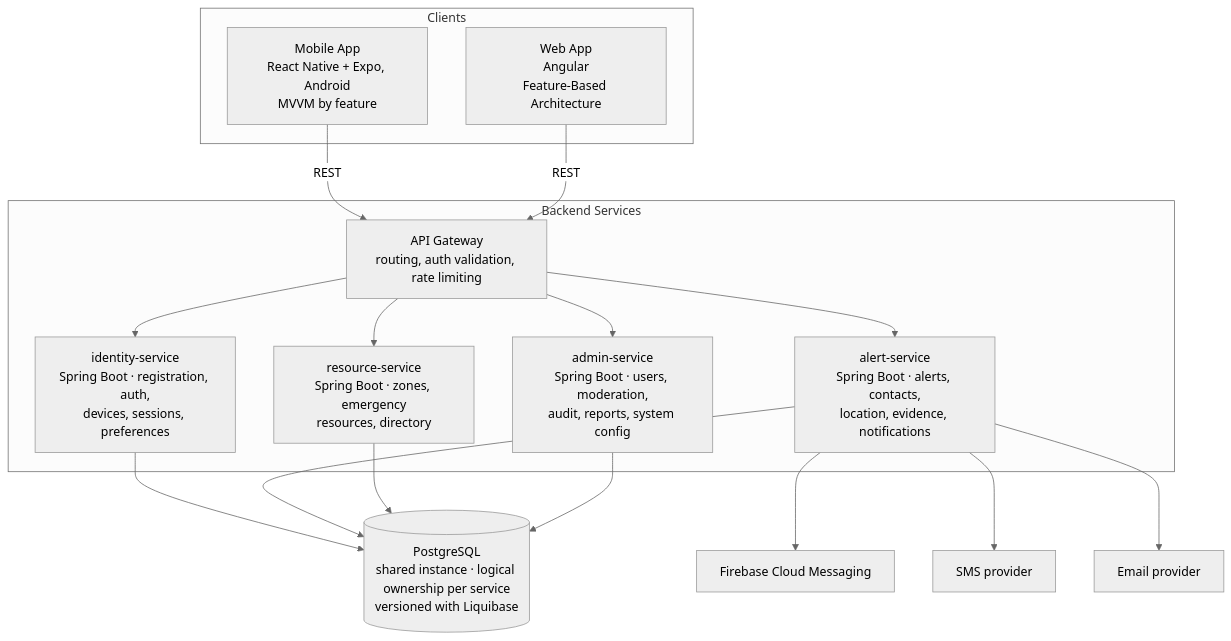
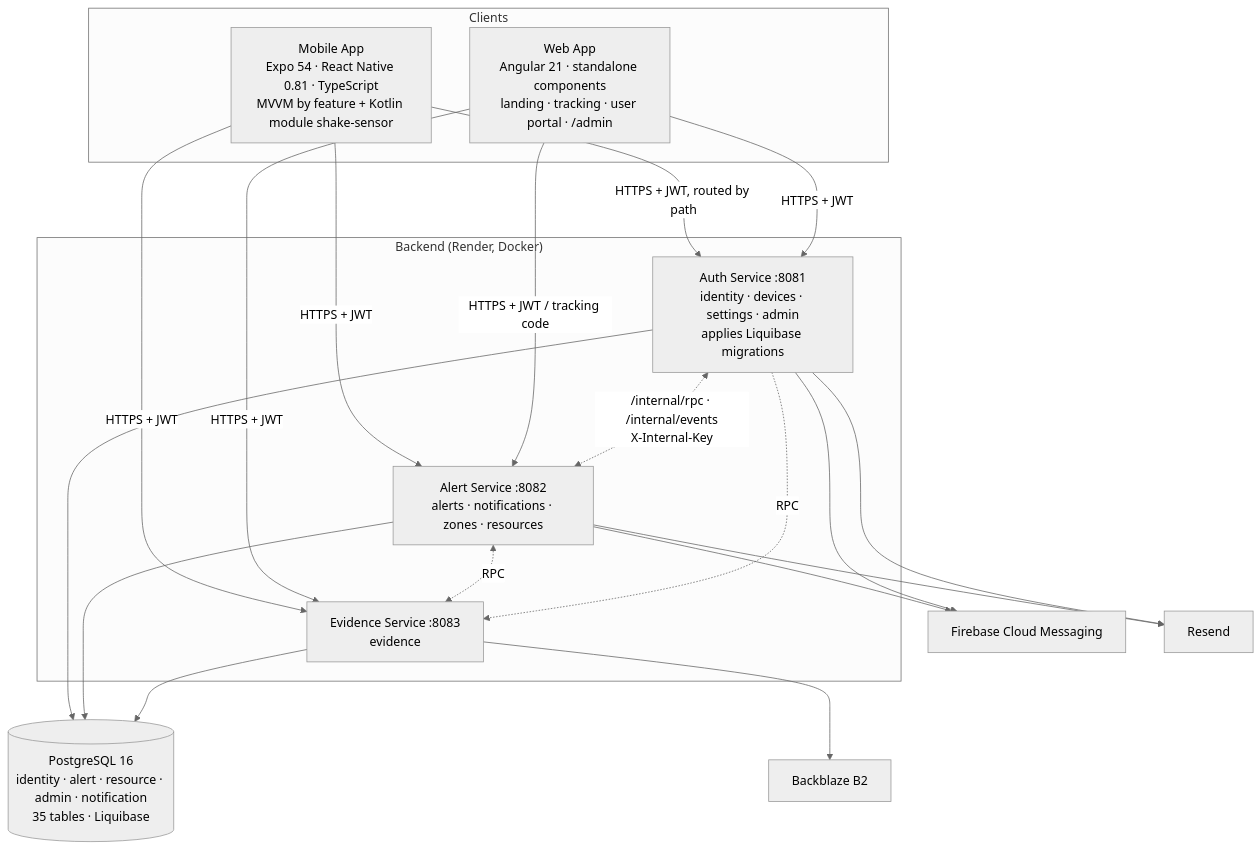
Before and after one commit to code-sena/wal-docs: the second of 2 diagrams in 05-architecture/overview.md, drawn with Mermaid (neutral theme). The commit also changed other lines of this file and 56 other files, not shown here.

````diff
--- a/05-architecture/overview.md
+++ b/05-architecture/overview.md
@@ -43,35 +51,37 @@
 ```mermaid
 graph TB
   subgraph "Clients"
-    MOB[Mobile App<br/>React Native + Expo, Android<br/>MVVM by feature]
-    WEB[Web App<br/>Angular<br/>Feature-Based Architecture]
+    MOB[Mobile App<br/>Expo 54 · React Native 0.81 · TypeScript<br/>MVVM by feature + Kotlin module shake-sensor]
+    WEB[Web App<br/>Angular 21 · standalone components<br/>landing · tracking · user portal · /admin]
   end
 
-  subgraph "Backend Services"
-    GW[API Gateway<br/>routing, auth validation, rate limiting]
-    IS[identity-service<br/>Spring Boot · registration, auth,<br/>devices, sessions, preferences]
-    AS[alert-service<br/>Spring Boot · alerts, contacts,<br/>location, evidence, notifications]
-    RS[resource-service<br/>Spring Boot · zones, emergency<br/>resources, directory]
-    ADM[admin-service<br/>Spring Boot · users, moderation,<br/>audit, reports, system config]
+  subgraph "Backend (Render, Docker)"
+    AUTH[Auth Service :8081<br/>identity · devices · settings · admin<br/>applies Liquibase migrations]
+    ALERT[Alert Service :8082<br/>alerts · notifications · zones · resources]
+    EVI[Evidence Service :8083<br/>evidence]
   end
 
-  DB[(PostgreSQL<br/>shared instance · logical ownership per service<br/>versioned with Liquibase)]
+  DB[(PostgreSQL 16<br/>identity · alert · resource · admin · notification<br/>35 tables · Liquibase)]
 
   FCM[Firebase Cloud Messaging]
-  SMS[SMS provider]
-  MAIL[Email provider]
+  MAIL[Resend]
+  B2[Backblaze B2]
 
-  MOB -->|REST| GW
-  WEB -->|REST| GW
-  GW --> IS
-  GW --> AS
-  GW --> RS
-  GW --> ADM
-  IS --> DB
-  AS --> DB
-  RS --> DB
-  ADM --> DB
-  AS --> FCM
-  AS --> SMS
-  AS --> MAIL
+  MOB -->|HTTPS + JWT, routed by path| AUTH
+  MOB -->|HTTPS + JWT| ALERT
+  MOB -->|HTTPS + JWT| EVI
+  WEB -->|HTTPS + JWT| AUTH
+  WEB -->|HTTPS + JWT / tracking code| ALERT
+  WEB -->|HTTPS + JWT| EVI
+  AUTH <-.->|/internal/rpc · /internal/events<br/>X-Internal-Key| ALERT
+  ALERT <-.->|RPC| EVI
+  AUTH -.->|RPC| EVI
+  AUTH --> DB
+  ALERT --> DB
+  EVI --> DB
+  ALERT --> FCM
+  AUTH --> FCM
+  ALERT --> MAIL
+  AUTH --> MAIL
+  EVI --> B2
 ```
````
